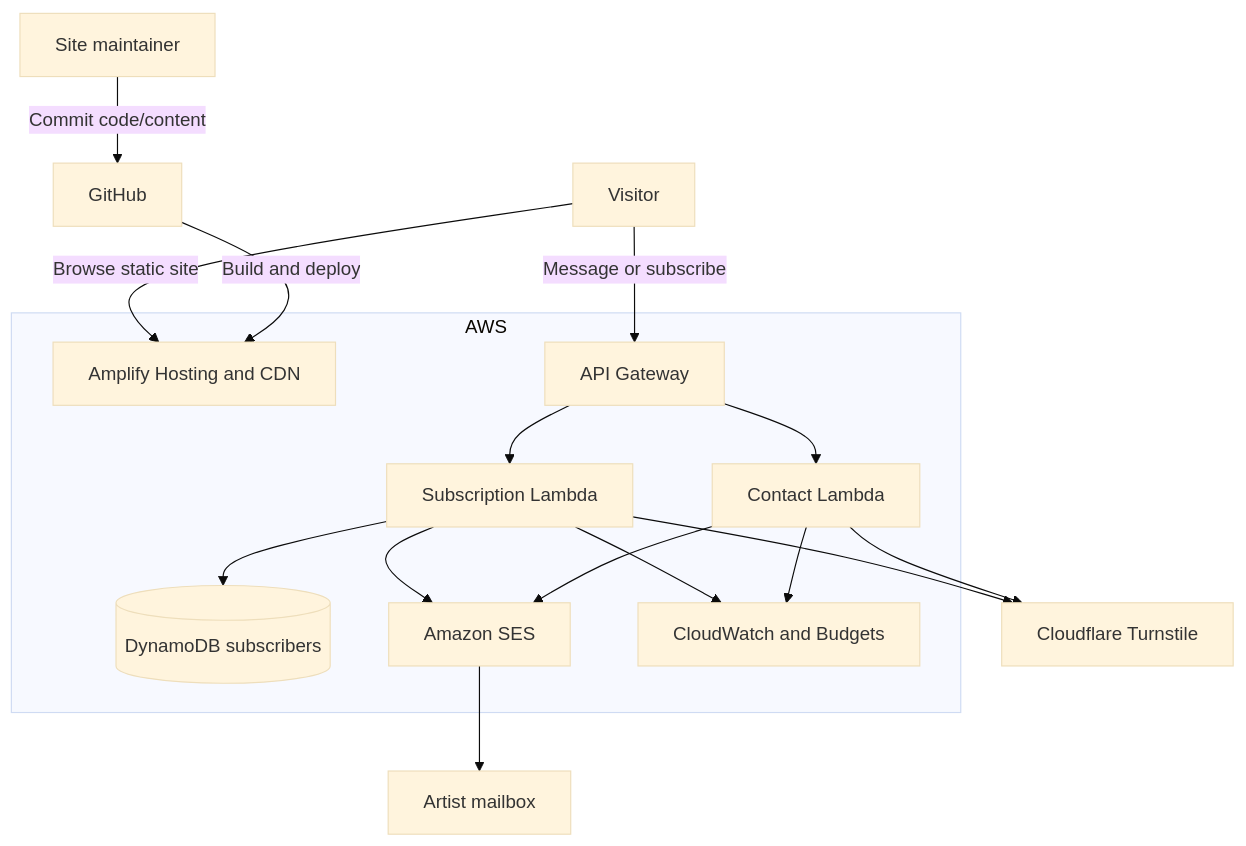
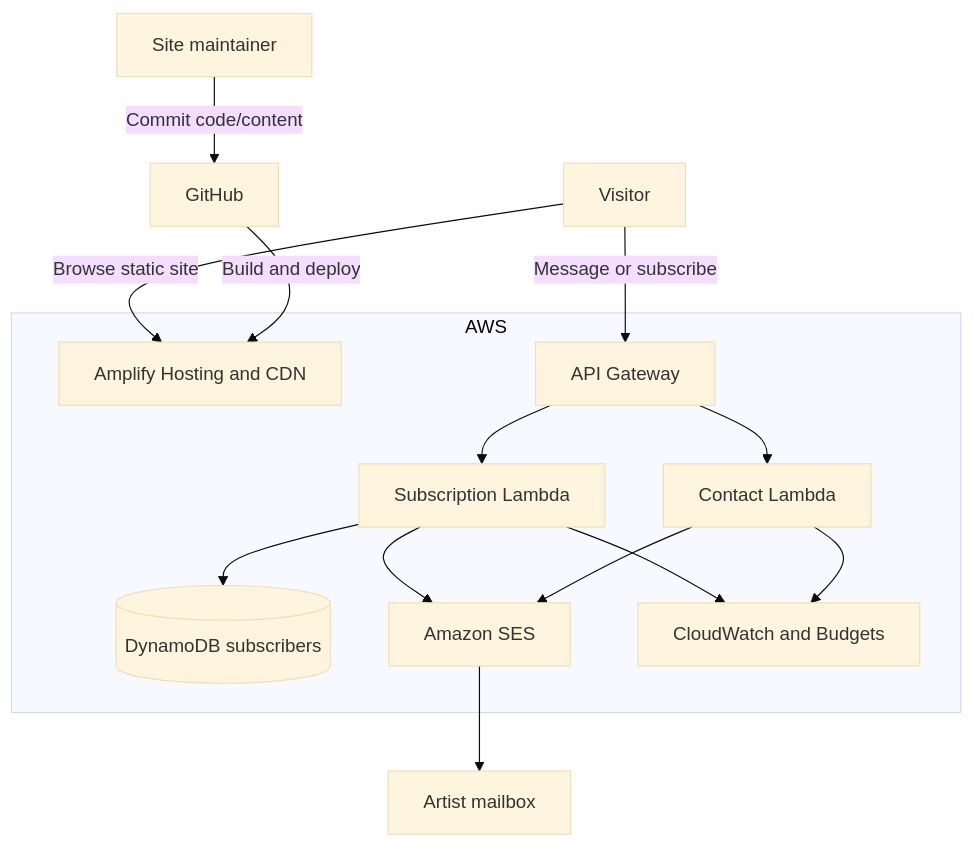
One commit to ybalenko/artist-portfolio-website changed the first of 3 diagrams in docs/architecture/high-level-design.md. Above: the diagram before and after it, drawn with Mermaid (base theme). The commit also changed other lines of this file and 16 other files, not shown here.

````diff
--- a/docs/architecture/high-level-design.md
+++ b/docs/architecture/high-level-design.md
@@ -34,34 +36,31 @@
 ```mermaid
 flowchart TB
     Maintainer[Site maintainer]
     Visitor[Visitor]
     GitHub[GitHub]
 
     subgraph AWS
         Amplify[Amplify Hosting and CDN]
         API[API Gateway]
         Contact[Contact Lambda]
         Subscription[Subscription Lambda]
         DB[(DynamoDB subscribers)]
         SES[Amazon SES]
         Ops[CloudWatch and Budgets]
     end
 
-    Turnstile[Cloudflare Turnstile]
     Inbox[Artist mailbox]
 
     Maintainer -->|Commit code/content| GitHub
     GitHub -->|Build and deploy| Amplify
     Visitor -->|Browse static site| Amplify
     Visitor -->|Message or subscribe| API
     API --> Contact
     API --> Subscription
-    Contact --> Turnstile
     Contact --> SES
     SES --> Inbox
-    Subscription --> Turnstile
     Subscription --> SES
     Subscription --> DB
     Contact --> Ops
     Subscription --> Ops
 ```
````
